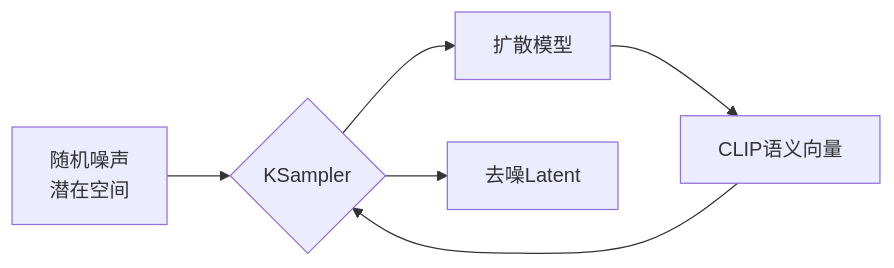
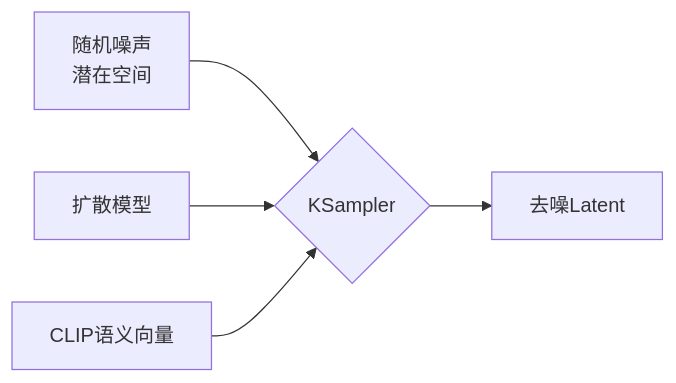
The second of 2 diagrams in zh-CN/tutorials/basic/text-to-image.mdx (Comfy-Org/docs), drawn with Mermaid before and after one commit. The commit also changed 1 other file, not shown here.

Commit message:
Update KSampler workflow diagram in text-to-image tutorials

````diff
--- a/zh-CN/tutorials/basic/text-to-image.mdx
+++ b/zh-CN/tutorials/basic/text-to-image.mdx
@@ -181,8 +181,7 @@
 ```mermaid
 graph LR
 A[随机噪声<br>潜在空间] --> B{KSampler}
-B --> C[扩散模型]
-C --> D[CLIP语义向量]
-D --> B
+C[扩散模型] --> B
+D[CLIP语义向量] --> B
 B --> E[去噪Latent]
 ```
````
